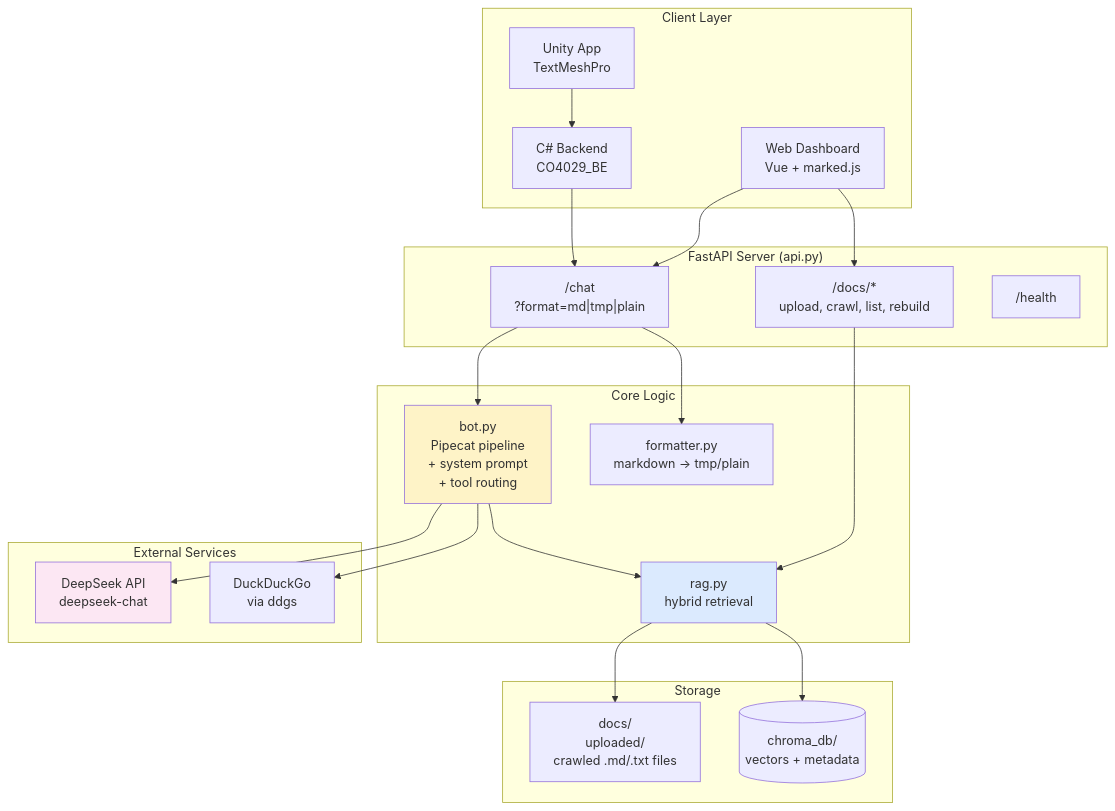
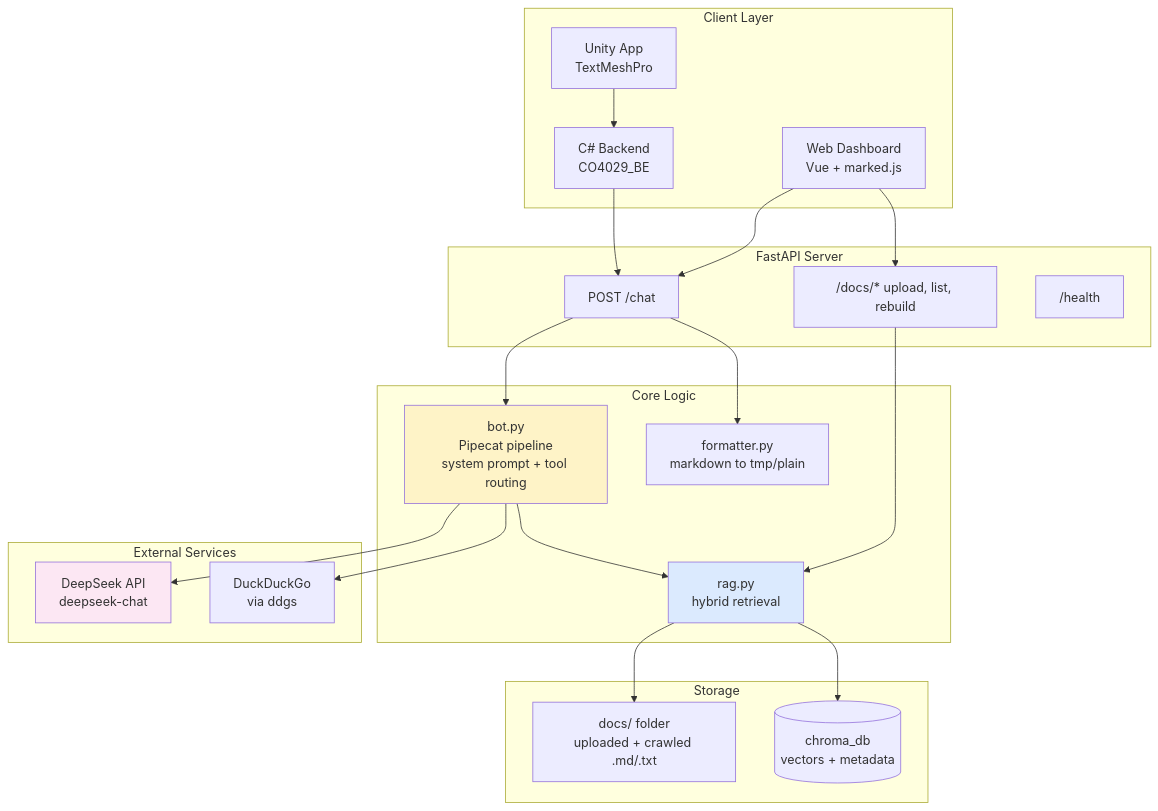
The first of 8 diagrams in ARCHITECTURE.md (EricDuong5423/AIChatBot), drawn with Mermaid before and after one commit. The commit also changed other lines of this file and 5 other files, not shown here.

````diff
--- a/ARCHITECTURE.md
+++ b/ARCHITECTURE.md
@@ -42,49 +42,49 @@
 ```mermaid
 graph TB
     subgraph Client["Client Layer"]
-        WEB[Web Dashboard<br/>Vue + marked.js]
-        UNITY[Unity App<br/>TextMeshPro]
-        CSHARP[C# Backend<br/>CO4029_BE]
+        WEB["Web Dashboard<br/>Vue + marked.js"]
+        UNITY["Unity App<br/>TextMeshPro"]
+        CSHARP["C# Backend<br/>CO4029_BE"]
     end
 
-    subgraph API["FastAPI Server (api.py)"]
-        CHAT["/chat<br/>?format=md|tmp|plain"]
-        DOCS["/docs/*<br/>upload, crawl, list, rebuild"]
+    subgraph API["FastAPI Server"]
+        CHAT["POST /chat"]
+        DOCS["/docs/* upload, list, rebuild"]
         HEALTH["/health"]
     end
 
     subgraph Core["Core Logic"]
-        BOT[bot.py<br/>Pipecat pipeline<br/>+ system prompt<br/>+ tool routing]
-        FMT[formatter.py<br/>markdown → tmp/plain]
-        RAG[rag.py<br/>hybrid retrieval]
+        BOT["bot.py<br/>Pipecat pipeline<br/>system prompt + tool routing"]
+        FMT["formatter.py<br/>markdown to tmp/plain"]
+        RAG["rag.py<br/>hybrid retrieval"]
     end
 
     subgraph External["External Services"]
-        DEEPSEEK[DeepSeek API<br/>deepseek-chat]
-        DDG[DuckDuckGo<br/>via ddgs]
+        DEEPSEEK["DeepSeek API<br/>deepseek-chat"]
+        DDG["DuckDuckGo<br/>via ddgs"]
     end
 
     subgraph Storage["Storage"]
-        DOCSDIR[docs/<br/>uploaded/<br/>crawled .md/.txt files]
-        CHROMA[(chroma_db/<br/>vectors + metadata)]
+        DOCSDIR["docs/ folder<br/>uploaded + crawled .md/.txt"]
+        CHROMA[("chroma_db<br/>vectors + metadata")]
     end
 
     WEB --> CHAT
     UNITY --> CSHARP
     CSHARP --> CHAT
     WEB --> DOCS
 
     CHAT --> BOT
     CHAT --> FMT
     DOCS --> RAG
     BOT --> RAG
     BOT --> DEEPSEEK
     BOT --> DDG
 
     RAG --> DOCSDIR
     RAG --> CHROMA
 
     style BOT fill:#fef3c7
     style RAG fill:#dbeafe
     style DEEPSEEK fill:#fce7f3
 ```
````
